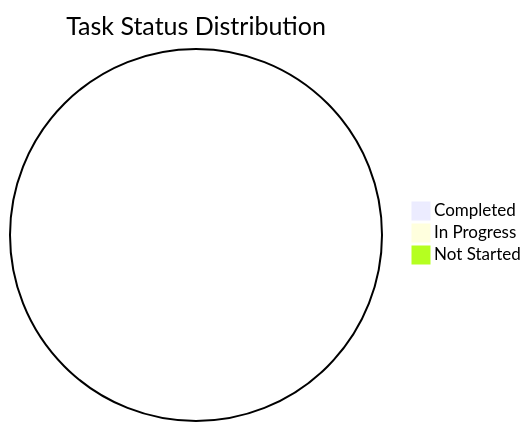
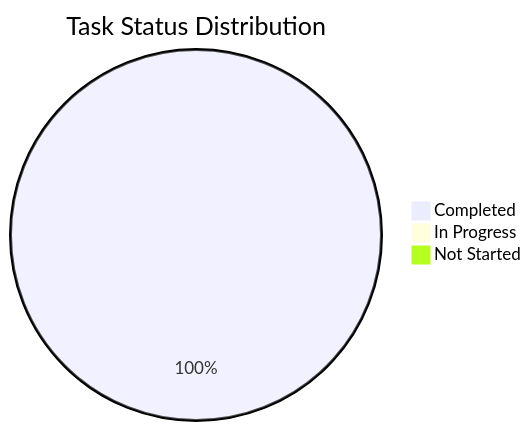
One commit to Cyberk-vn/fair-launch-workspace changed the diagram in reports/duc-personal-report.md. Above: the diagram before and after it, drawn with Mermaid. The commit also changed other lines of this file, not shown here.

Commit message:
Update duc-personal-report.md to reflect completed tasks for wallet connection and user login features, including UI components, logic implementation, and testing results.

````diff
--- a/reports/duc-personal-report.md
+++ b/reports/duc-personal-report.md
@@ -7,6 +7,6 @@
 ```mermaid
 pie title Task Status Distribution
-    "Completed" : 0
+    "Completed" : 100
     "In Progress" : 0
     "Not Started" : 0
 ```
````
